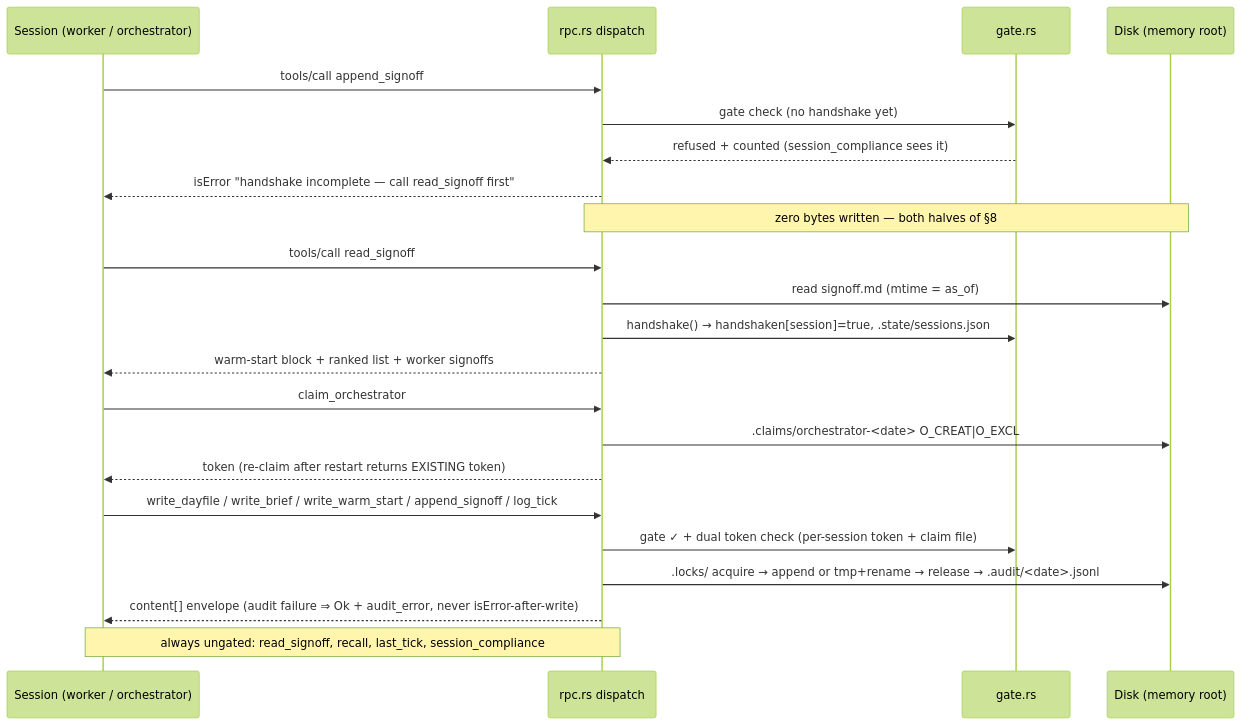
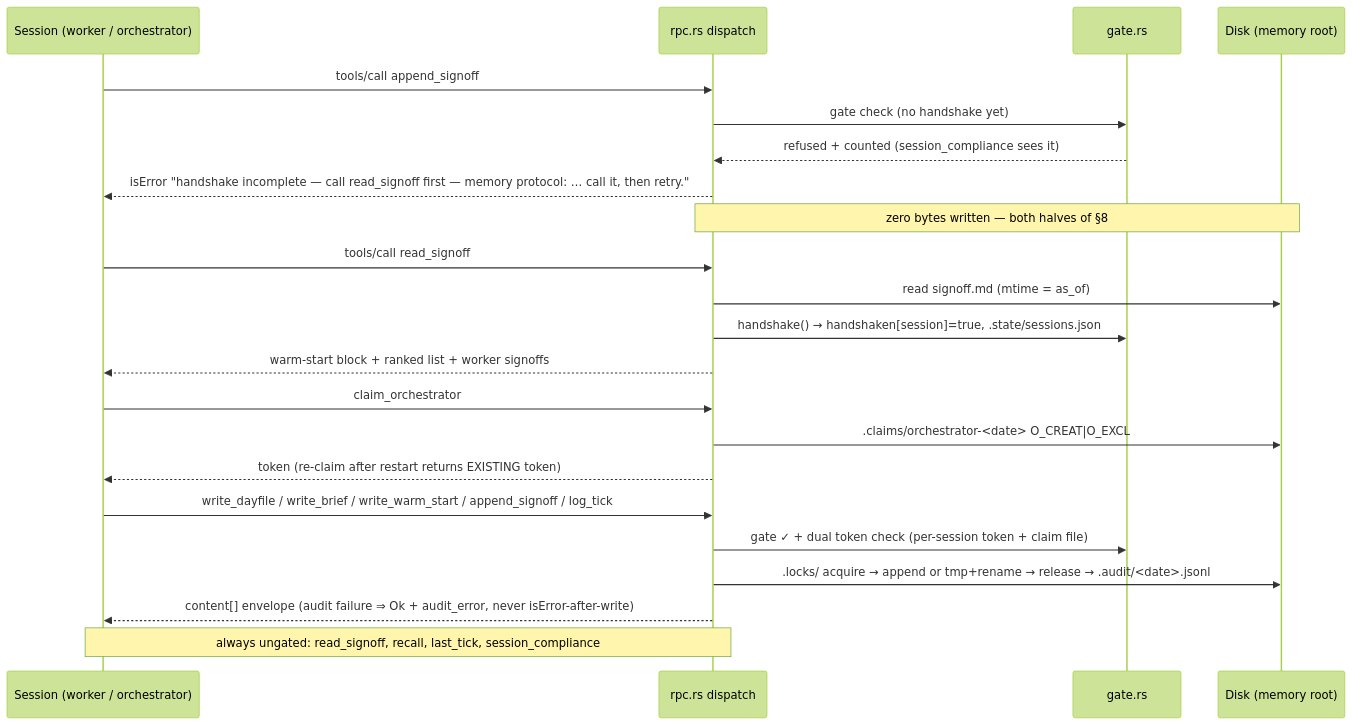
The first of 4 diagrams in docs/workflows.md (jgavinray/total-recall), drawn with Mermaid (forest theme) before and after one commit. The commit also changed other lines of this file and 28 other files, not shown here.

````diff
--- a/docs/workflows.md
+++ b/docs/workflows.md
@@ -10,29 +10,29 @@
 ```mermaid
 sequenceDiagram
     participant S as Session (worker / orchestrator)
     participant R as rpc.rs dispatch
     participant G as gate.rs
     participant D as Disk (memory root)
 
     S->>R: tools/call append_signoff
     R->>G: gate check (no handshake yet)
     G-->>R: refused + counted (session_compliance sees it)
-    R-->>S: isError "handshake incomplete — call read_signoff first"
+    R-->>S: isError "handshake incomplete — call read_signoff first — memory protocol: … call it, then retry."
     Note over R,D: zero bytes written — both halves of §8
 
     S->>R: tools/call read_signoff
     R->>D: read signoff.md (mtime = as_of)
     R->>G: handshake() → handshaken[session]=true, .state/sessions.json
     R-->>S: warm-start block + ranked list + worker signoffs
 
     S->>R: claim_orchestrator
     R->>D: .claims/orchestrator-<date> O_CREAT|O_EXCL
     R-->>S: token (re-claim after restart returns EXISTING token)
 
     S->>R: write_dayfile / write_brief / write_warm_start / append_signoff / log_tick
     R->>G: gate ✓ + dual token check (per-session token + claim file)
     R->>D: .locks/ acquire → append or tmp+rename → release → .audit/<date>.jsonl
     R-->>S: content[] envelope (audit failure ⇒ Ok + audit_error, never isError-after-write)
 
     Note over S,R: always ungated: read_signoff, recall, last_tick, session_compliance
 ```
````
